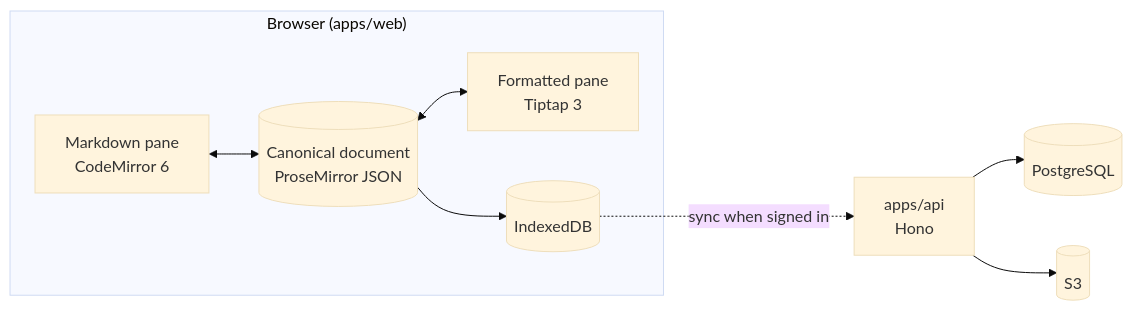
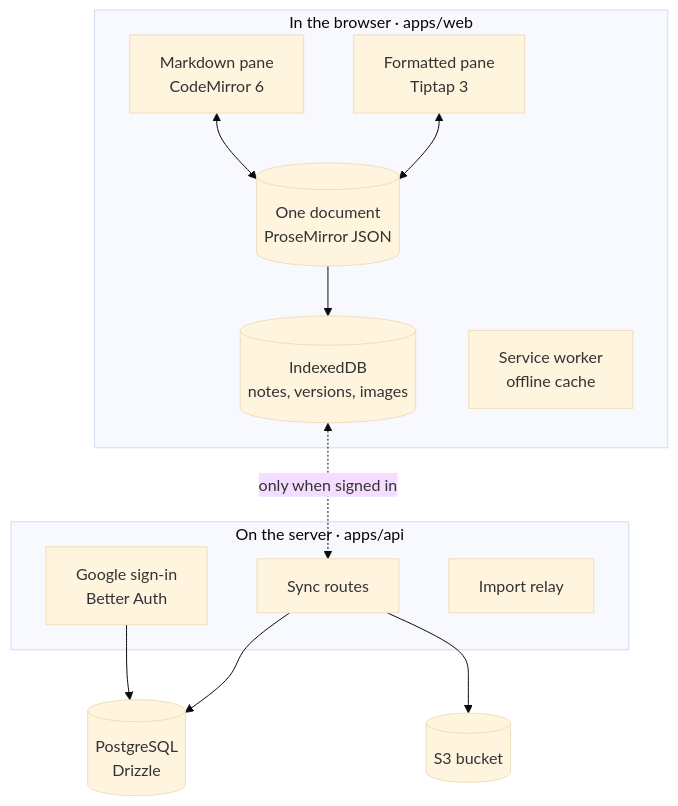
Before and after one commit to Perssonify/Markdown-Studio: the second of 2 diagrams in README.md, drawn with Mermaid (base theme). The commit also changed other lines of this file, not shown here.

````diff
--- a/README.md
+++ b/README.md
@@ -172,11 +240,18 @@
 ```mermaid
-flowchart LR
-  subgraph browser["Browser (apps/web)"]
-    md["Markdown pane<br/>CodeMirror 6"] <--> canon[("Canonical document<br/>ProseMirror JSON")]
-    canon <--> rich["Formatted pane<br/>Tiptap 3"]
-    canon --> idb[("IndexedDB")]
+flowchart TB
+  subgraph Browser["In the browser · apps/web"]
+    CM["Markdown pane<br/>CodeMirror 6"] <--> DOC[("One document<br/>ProseMirror JSON")]
+    TT["Formatted pane<br/>Tiptap 3"] <--> DOC
+    DOC --> IDB[("IndexedDB<br/>notes, versions, images")]
+    SW["Service worker<br/>offline cache"]
   end
-  idb -. sync when signed in .-> api["apps/api<br/>Hono"]
-  api --> pg[("PostgreSQL")]
-  api --> s3[("S3")]
+  subgraph Server["On the server · apps/api"]
+    AUTH["Google sign-in<br/>Better Auth"]
+    SYNC["Sync routes"]
+    RELAY["Import relay"]
+  end
+  IDB <-. only when signed in .-> SYNC
+  SYNC --> PG[("PostgreSQL<br/>Drizzle")]
+  AUTH --> PG
+  SYNC --> S3[("S3 bucket")]
 ```
````
